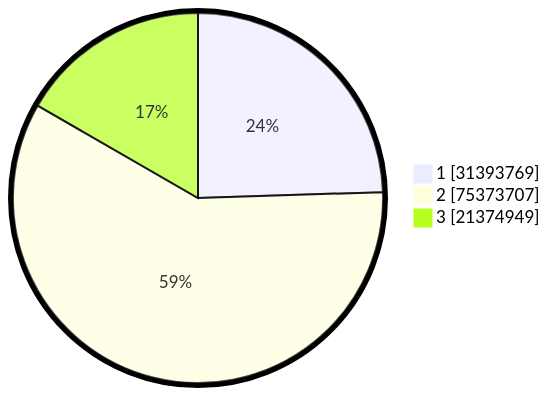
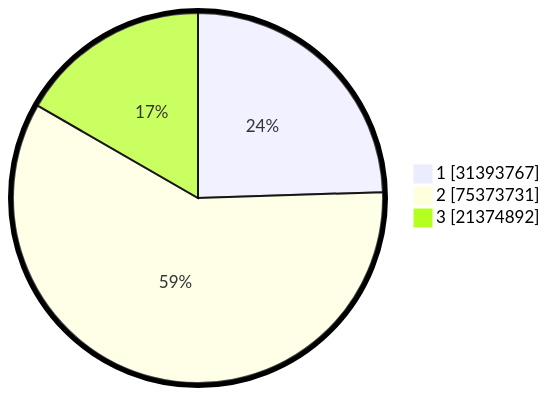
Before and after one commit to gigit-pemilu/pemilu-2024: the second of 2 diagrams in pilpres/hitung-suara/README.md, drawn with Mermaid. The commit also changed other lines of this file and 6 other files, not shown here.

````diff
--- a/pilpres/hitung-suara/README.md
+++ b/pilpres/hitung-suara/README.md
@@ -93,7 +93,7 @@
 ```mermaid
 %%{init: {"pie": {"textPosition": 0.5}, "themeVariables": {"pieOuterStrokeWidth": "5px"}} }%%
 pie showData
-    "1" : 31393769
-    "2" : 75373707
-    "3" : 21374949
+    "1" : 31393767
+    "2" : 75373731
+    "3" : 21374892
 ```
````
